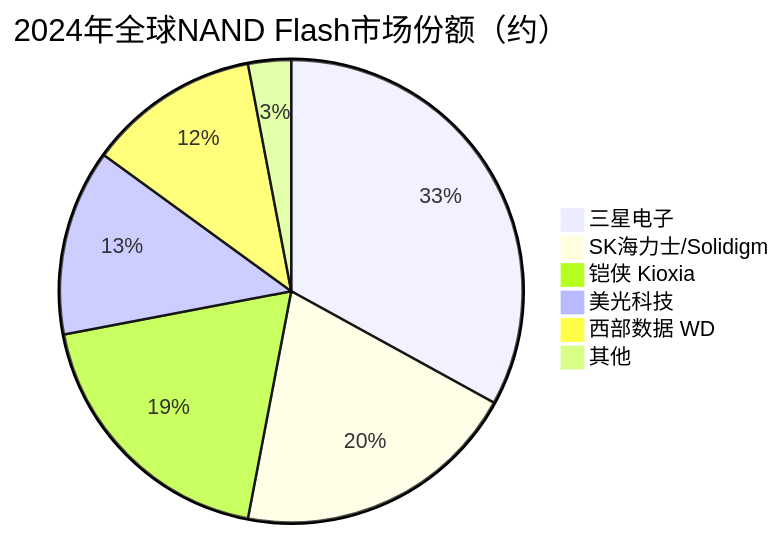
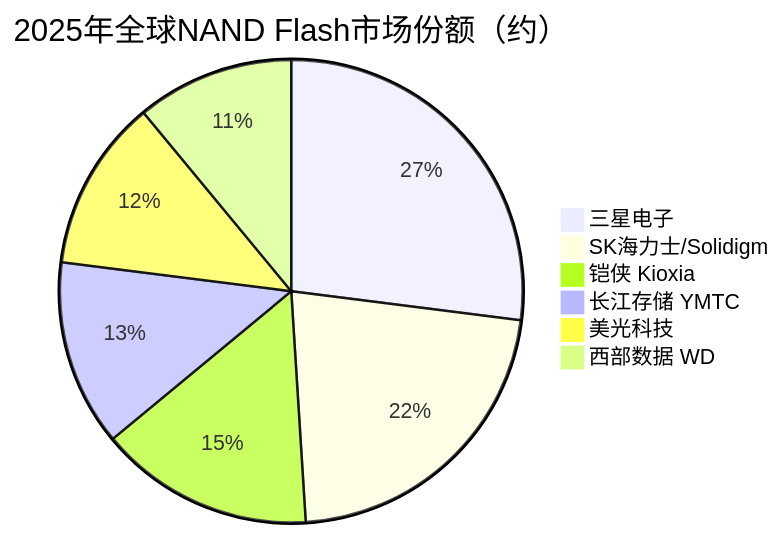
Before and after one commit to blueprint1453/industry-insight: the third of 3 diagrams in AI产业链/中游/存储芯片/闪存.md, drawn with Mermaid. The commit also changed other lines of this file and 78 other files, not shown here.

````diff
--- a/AI产业链/中游/存储芯片/闪存.md
+++ b/AI产业链/中游/存储芯片/闪存.md
@@ -104,9 +104,9 @@
 ```mermaid
-pie title 2024年全球NAND Flash市场份额（约）
-    "三星电子" : 33
-    "SK海力士/Solidigm" : 20
-    "铠侠 Kioxia" : 19
-    "美光科技" : 13
-    "西部数据 WD" : 12
-    "其他" : 3
+pie title 2025年全球NAND Flash市场份额（约）
+    "三星电子" : 27
+    "SK海力士/Solidigm" : 22
+    "铠侠 Kioxia" : 15
+    "长江存储 YMTC" : 13
+    "美光科技" : 12
+    "西部数据 WD" : 11
 ```
````
